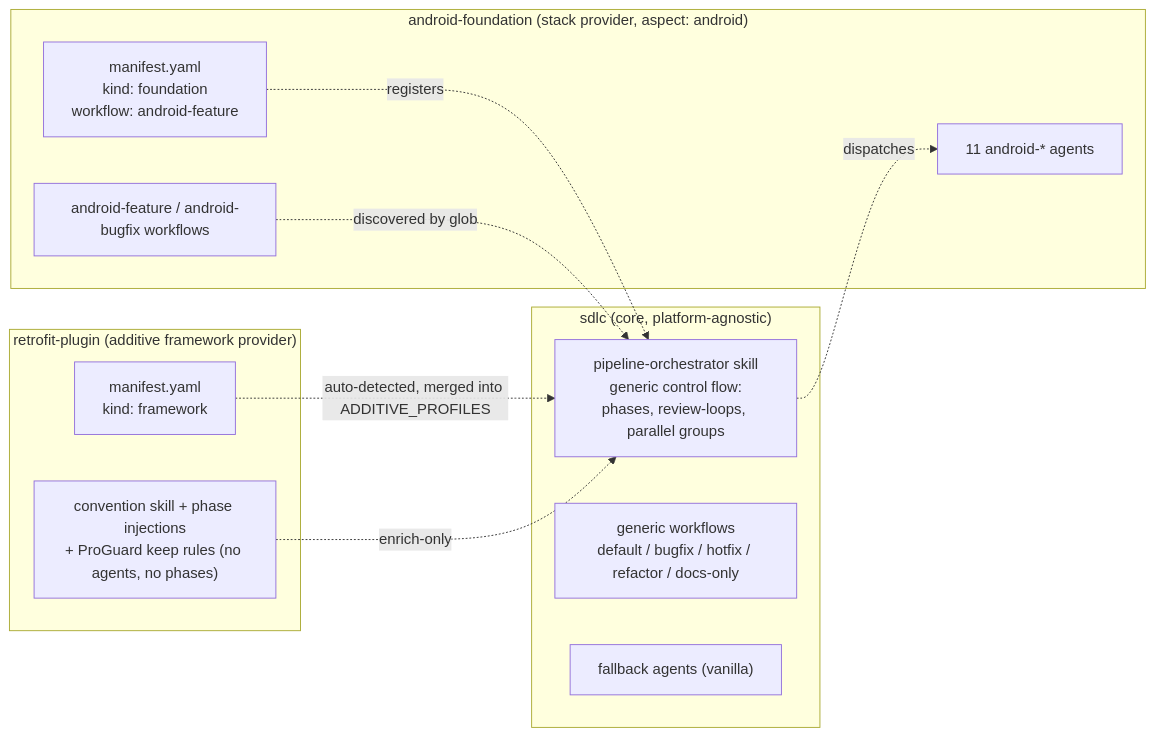
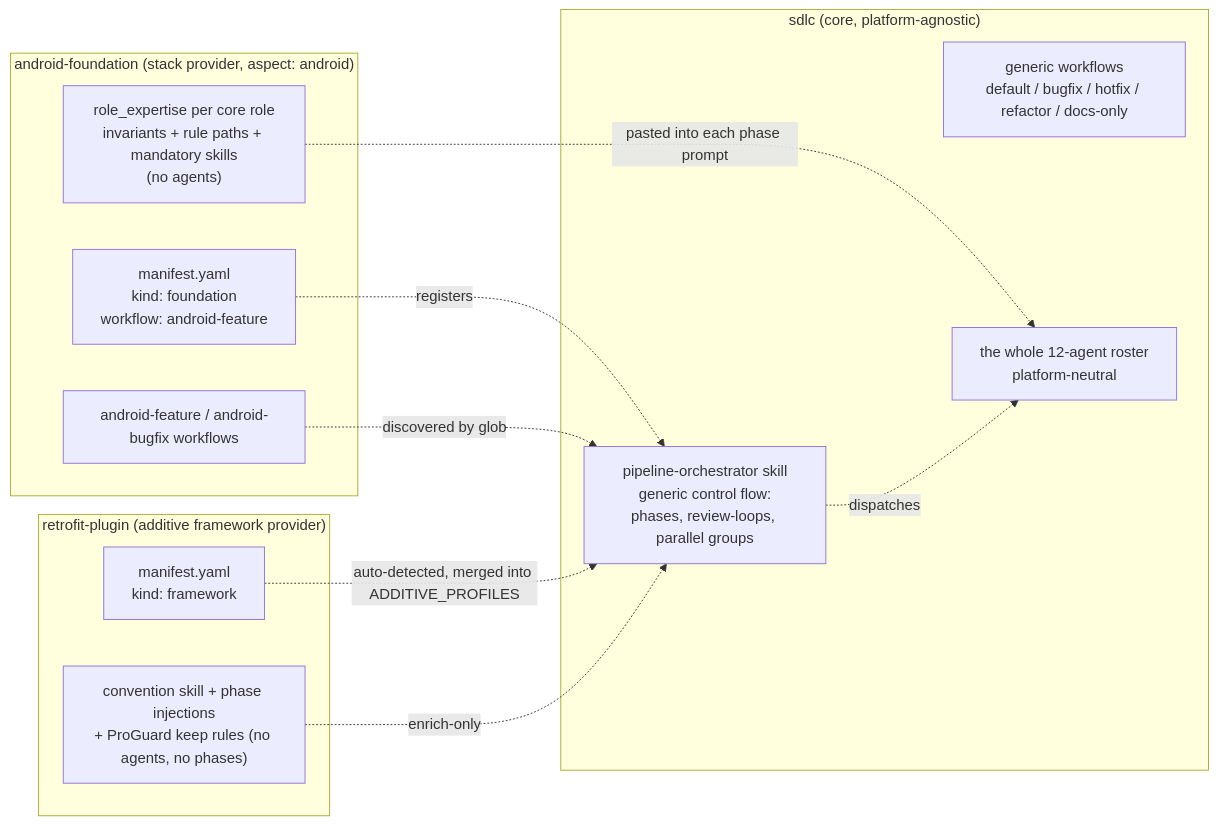
One commit to Nuclominus/agentic-sdlc-pluguin changed the second of 3 diagrams in docs/WORKFLOW.md. Above: the diagram before and after it, drawn with Mermaid. The commit also changed other lines of this file and 5 other files, not shown here.

````diff
--- a/docs/WORKFLOW.md
+++ b/docs/WORKFLOW.md
@@ -28,22 +28,23 @@
 ```mermaid
 flowchart LR
     subgraph CORE["sdlc (core, platform-agnostic)"]
       ORC["pipeline-orchestrator skill<br/>generic control flow:<br/>phases, review-loops, parallel groups"]
       WF["generic workflows<br/>default / bugfix / hotfix / refactor / docs-only"]
-      FB["fallback agents (vanilla)"]
+      FB["the whole 12-agent roster<br/>platform-neutral"]
     end
     subgraph AND["android-foundation (stack provider, aspect: android)"]
       AST["manifest.yaml<br/>kind: foundation<br/>workflow: android-feature"]
-      AAG["11 android-* agents"]
+      AAG["role_expertise per core role<br/>invariants + rule paths + mandatory skills<br/>(no agents)"]
       AWF["android-feature / android-bugfix workflows"]
     end
     subgraph RET["retrofit-plugin (additive framework provider)"]
       RFM["manifest.yaml<br/>kind: framework"]
       RSK["convention skill + phase injections<br/>+ ProGuard keep rules (no agents, no phases)"]
     end
     AST -. registers .-> ORC
     AWF -. discovered by glob .-> ORC
-    ORC -. dispatches .-> AAG
+    AAG -. pasted into each phase prompt .-> FB
+    ORC -. dispatches .-> FB
     RFM -. auto-detected, merged into ADDITIVE_PROFILES .-> ORC
     RSK -. enrich-only .-> ORC
 ```
````
